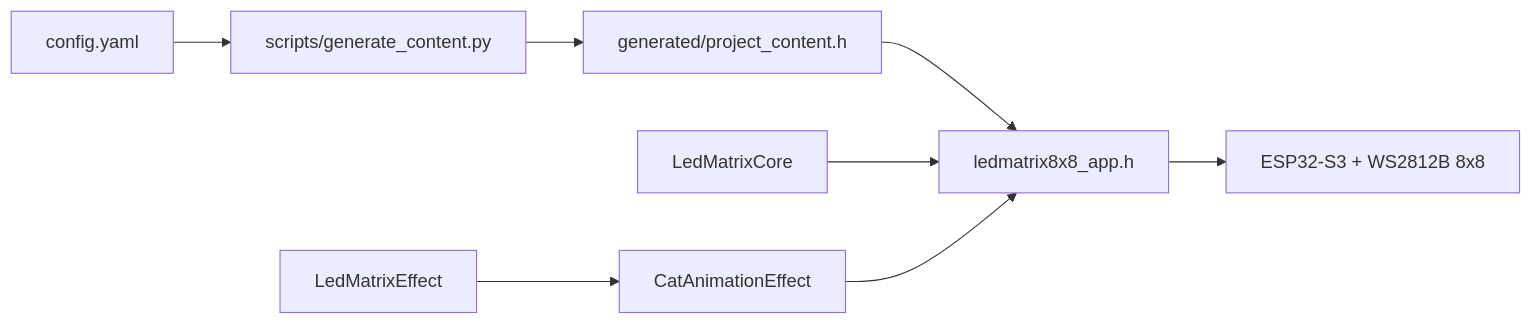
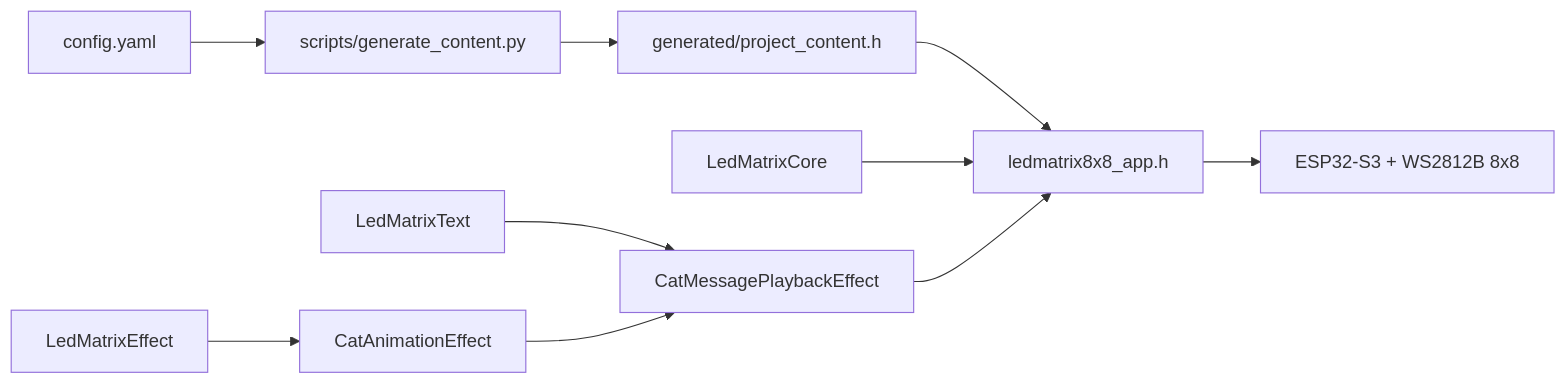
The first of 2 diagrams in README.md (bernardopg/ledmatrix8x8), drawn with Mermaid before and after one commit. The commit also changed other lines of this file and 16 other files, not shown here.

````diff
--- a/README.md
+++ b/README.md
@@ -60,10 +60,12 @@
 ```mermaid
 flowchart LR
   A["config.yaml"] --> B["scripts/generate_content.py"]
   B --> C["generated/project_content.h"]
   C --> D["ledmatrix8x8_app.h"]
   E["LedMatrixCore"] --> D
   F["LedMatrixEffect"] --> G["CatAnimationEffect"]
-  G --> D
-  D --> H["ESP32-S3 + WS2812B 8x8"]
+  H["LedMatrixText"] --> I["CatMessagePlaybackEffect"]
+  G --> I
+  I --> D
+  D --> J["ESP32-S3 + WS2812B 8x8"]
 ```
````
